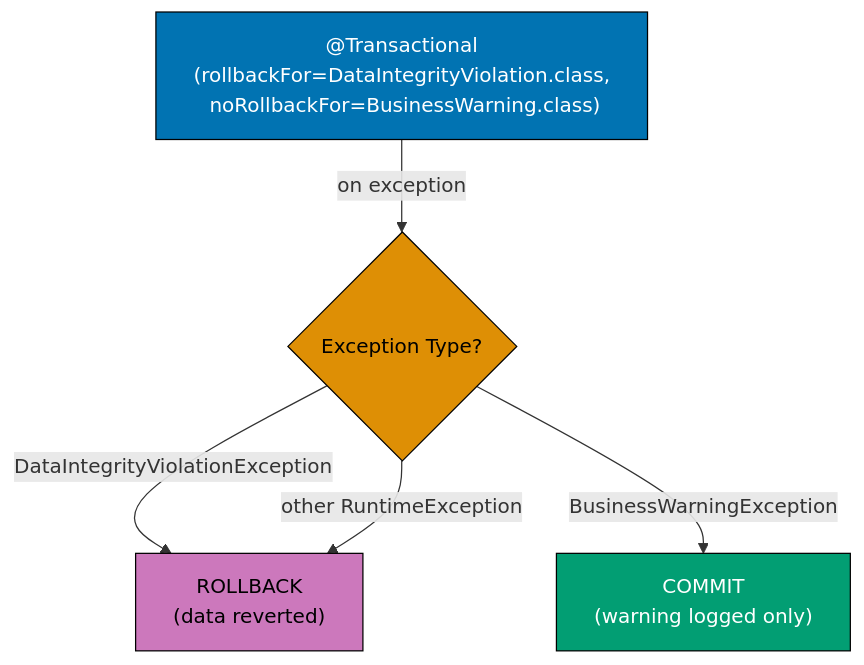
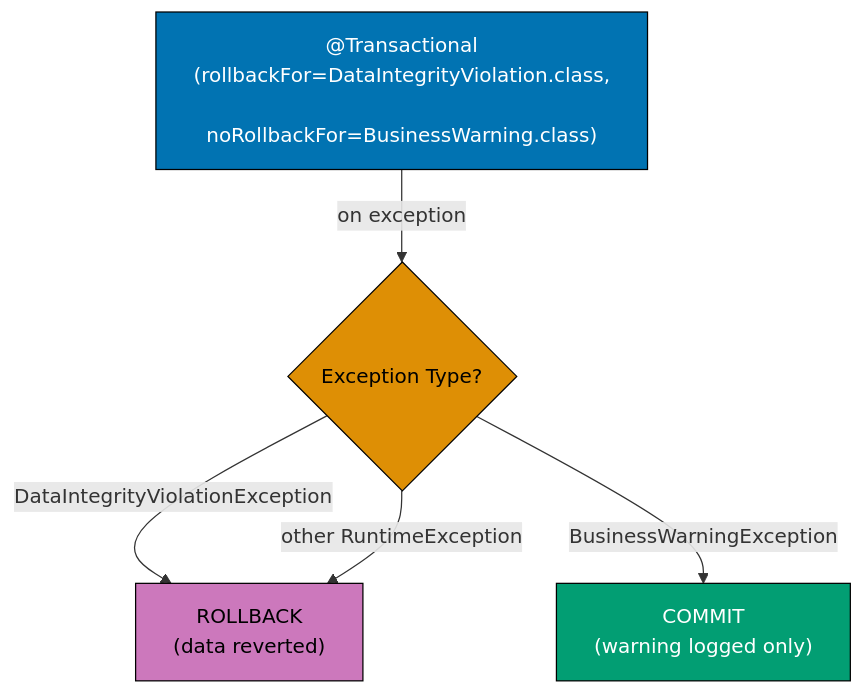
The ninth of 13 diagrams in apps/ayokoding-web/content/en/learn/software-engineering/platforms/web/tools/jvm-spring/by-example/intermediate.md (wahidyankf/baseerah), drawn with Mermaid before and after one commit. The commit also changed other lines of this file and 17 other files, not shown here.

First line of the commit message:
fix(ci): scope pre-push mermaid check to governance + docs dirs

````diff
--- a/apps/ayokoding-web/content/en/learn/software-engineering/platforms/web/tools/jvm-spring/by-example/intermediate.md
+++ b/apps/ayokoding-web/content/en/learn/software-engineering/platforms/web/tools/jvm-spring/by-example/intermediate.md
@@ -2017,13 +2017,13 @@
 ```mermaid
 %% Color Palette: Blue #0173B2, Orange #DE8F05, Teal #029E73, Purple #CC78BC, Brown #CA9161
 graph TD
-    A["@Transactional\n(rollbackFor=DataIntegrityViolation.class,\n noRollbackFor=BusinessWarning.class)"] -->|"on exception"| B{"Exception Type?"}
+    A["@Transactional\n(rollbackFor=DataIntegrityViolation.class,\n<br/>noRollbackFor=BusinessWarning.class)"] -->|"on exception"| B{"Exception Type?"}
     B -->|"DataIntegrityViolationException"| C["ROLLBACK\n(data reverted)"]
     B -->|"BusinessWarningException"| D["COMMIT\n(warning logged only)"]
     B -->|"other RuntimeException"| C
 
     style A fill:#0173B2,stroke:#000,color:#fff
     style B fill:#DE8F05,stroke:#000,color:#000
     style C fill:#CC78BC,stroke:#000,color:#000
     style D fill:#029E73,stroke:#000,color:#fff
 ```
````
